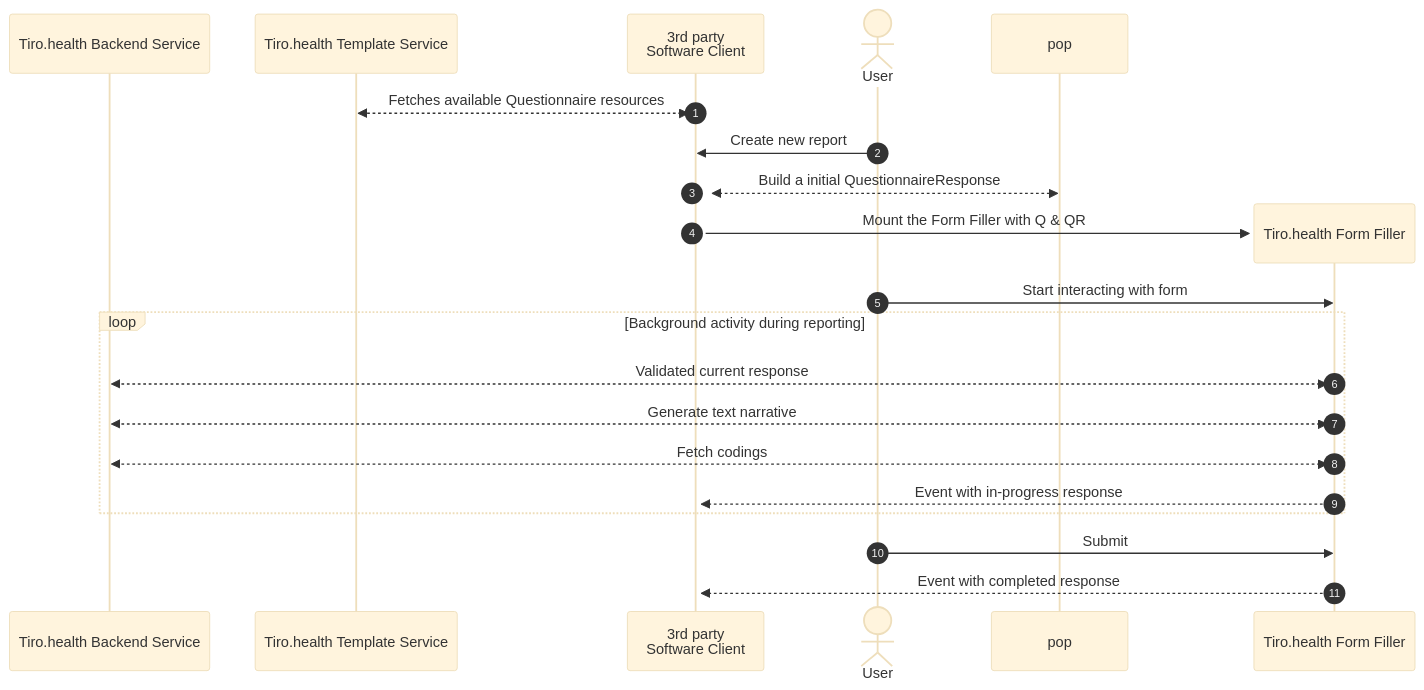
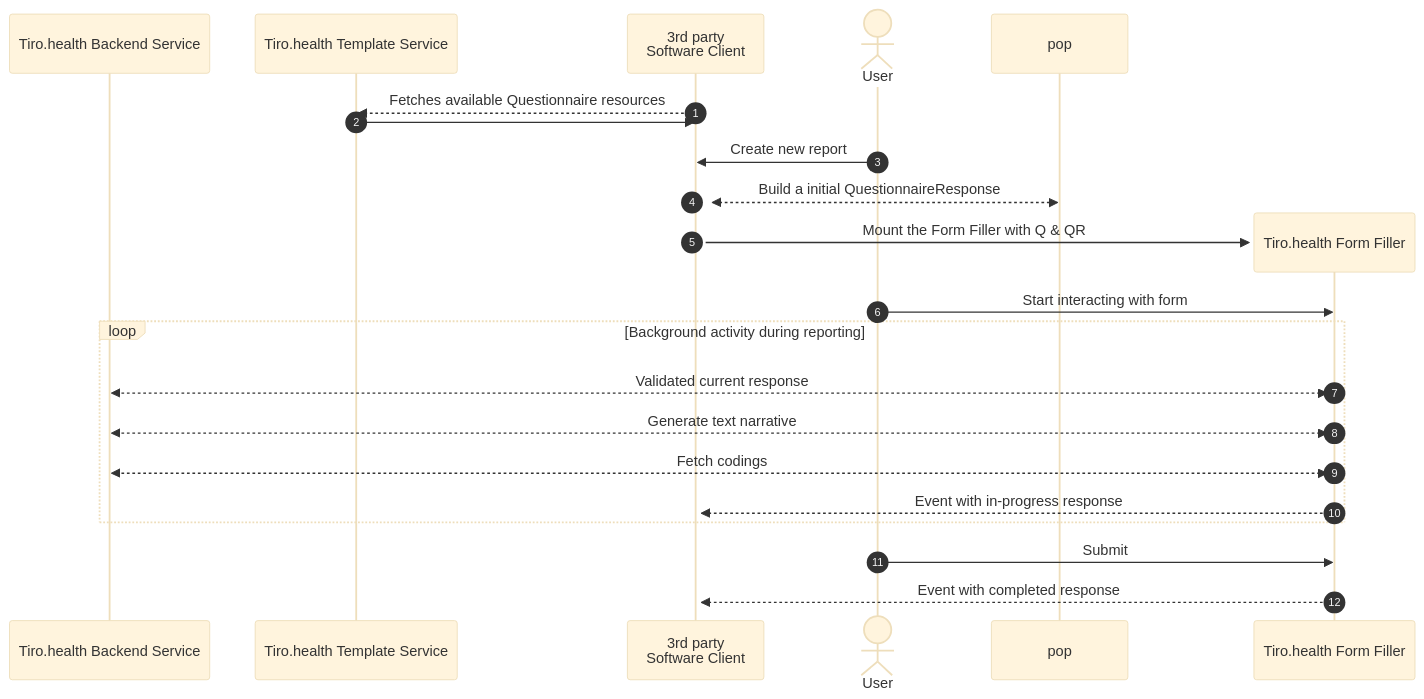
Before and after one commit to Tiro-health/atticus-docs: the second of 2 diagrams in src/app/form-sdk/page.mdx, drawn with Mermaid (base theme).

Commit message:
Fix arrow direction in sequence diagram

````diff
--- a/src/app/form-sdk/page.mdx
+++ b/src/app/form-sdk/page.mdx
@@ -82,23 +82,24 @@
 ```mermaid
 sequenceDiagram
 	autonumber
 	participant bs as Tiro.health Backend Service
     participant ts as Tiro.health Template Service
 	participant client as 3rd party <br/> Software Client
 	actor User
- 	client <<-->> ts: Fetches available Questionnaire resources
+ 	client -->> ts: Fetches available Questionnaire resources
+	ts ->> client: 
 	User ->> client: Create new report
 	activate client
 	client <<-->> pop: Build a initial QuestionnaireResponse
 	create participant ff as Tiro.health Form Filler
 	client ->> ff: Mount the Form Filler with Q & QR
 	User ->> ff: Start interacting with form
 	loop Background activity during reporting
 	ff <<-->> bs: Validated current response
 	ff <<-->> bs: Generate text narrative
 	ff <<-->> bs: Fetch codings
 	ff -->> client: Event with in-progress response
 	end
 	User ->> ff: Submit
 	ff -->> client: Event with completed response
 ```
````
